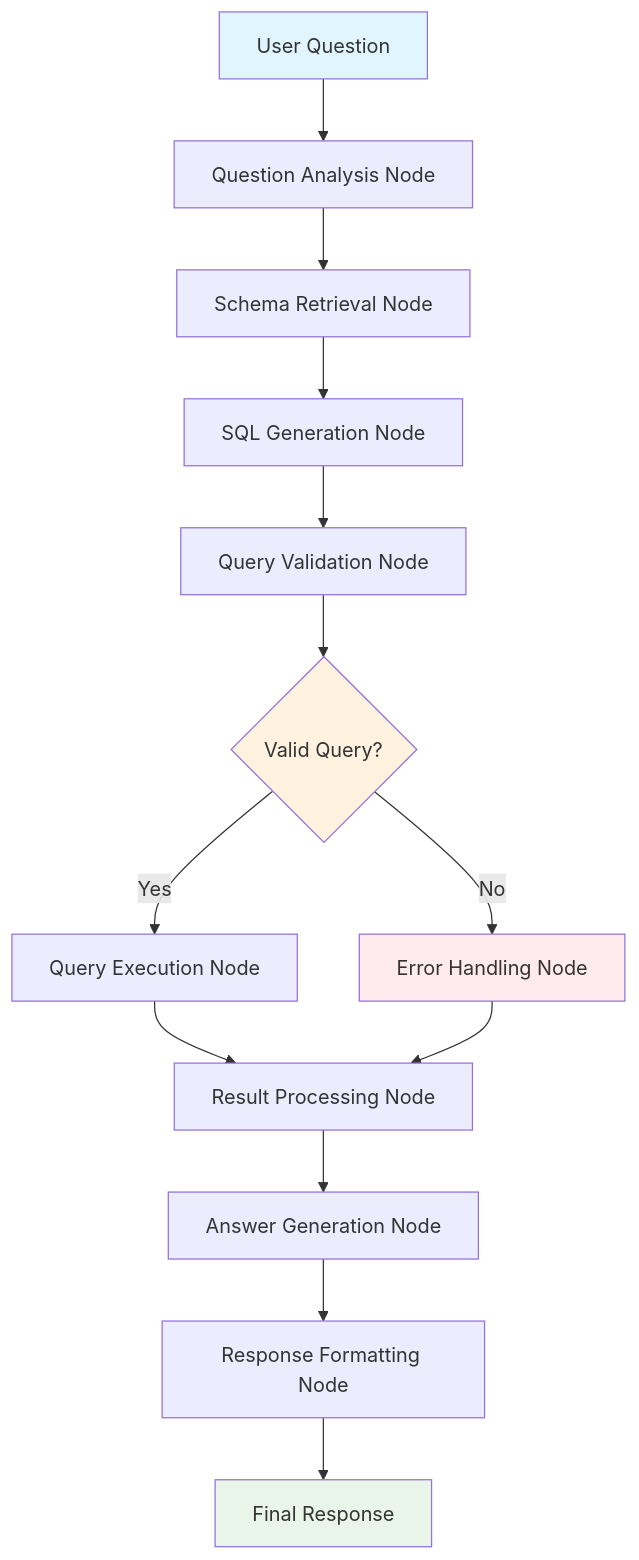
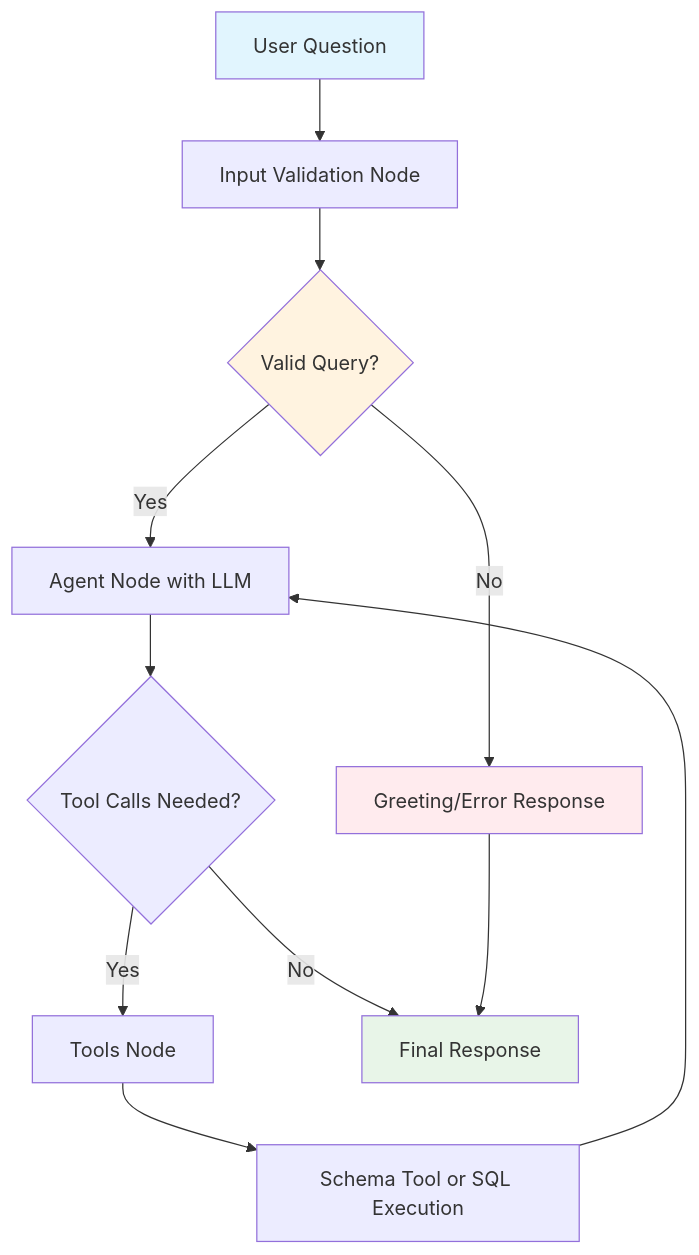
The second of 2 diagrams in README.md (iqbal-waqar/NLP--SQL-AGENT), drawn with Mermaid before and after one commit. The commit also changed other lines of this file, not shown here.

````diff
--- a/README.md
+++ b/README.md
@@ -235,20 +237,18 @@
 ```mermaid
 graph TD
-    A[User Question] --> B[Question Analysis Node]
-    B --> C[Schema Retrieval Node]
-    C --> D[SQL Generation Node]
-    D --> E[Query Validation Node]
-    E --> F{Valid Query?}
-    F -->|Yes| G[Query Execution Node]
-    F -->|No| H[Error Handling Node]
-    G --> I[Result Processing Node]
-    H --> I
-    I --> J[Answer Generation Node]
-    J --> K[Response Formatting Node]
-    K --> L[Final Response]
+    A[User Question] --> B[Input Validation Node]
+    B --> C{Valid Query?}
+    C -->|Yes| D[Agent Node with LLM]
+    C -->|No| E[Greeting/Error Response]
+    D --> F{Tool Calls Needed?}
+    F -->|Yes| G[Tools Node]
+    F -->|No| H[Final Response]
+    G --> I[Schema Tool or SQL Execution]
+    I --> D
+    E --> H
     
     style A fill:#e1f5fe
-    style L fill:#e8f5e8
-    style F fill:#fff3e0
-    style H fill:#ffebee
+    style H fill:#e8f5e8
+    style C fill:#fff3e0
+    style E fill:#ffebee
 ```
````
